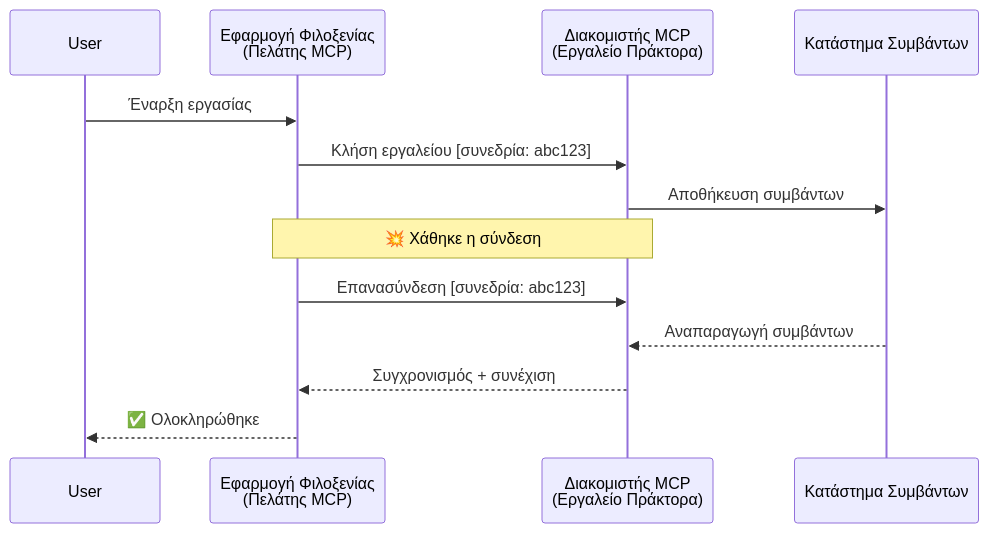
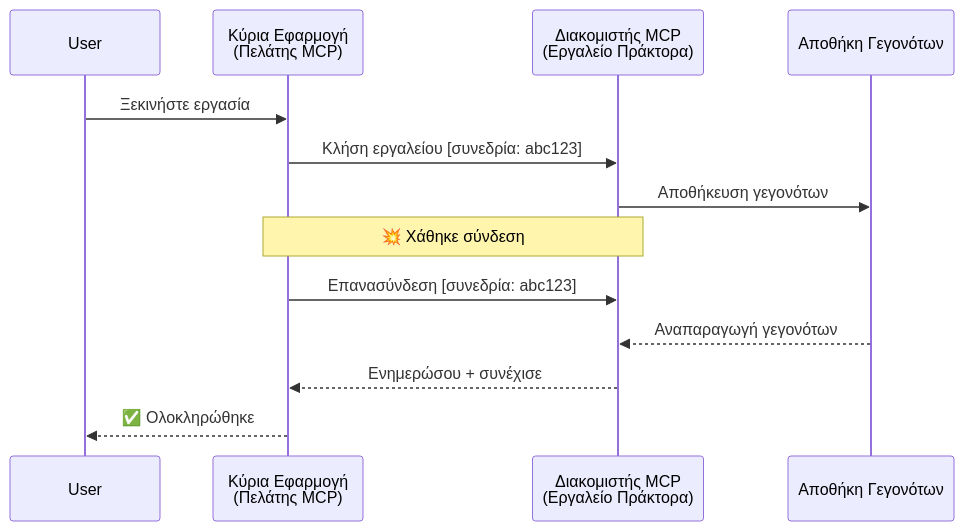
One commit to gabrielmoreira/agent-skills-mirror changed the second of 5 diagrams in mirrors/repos/microsoft@ai-agents-for-beginners/translations/el/11-agentic-protocols/code_samples/mcp-agents/README.md. Above: the diagram before and after it, drawn with Mermaid. The commit also changed other lines of this file and 4262 other files, not shown here.

````diff
--- a/mirrors/repos/microsoft@ai-agents-for-beginners/translations/el/11-agentic-protocols/code_samples/mcp-agents/README.md
+++ b/mirrors/repos/microsoft@ai-agents-for-beginners/translations/el/11-agentic-protocols/code_samples/mcp-agents/README.md
@@ -82,18 +82,18 @@
 ```mermaid
 sequenceDiagram
     participant User
-    participant Host as Εφαρμογή Φιλοξενίας<br/>(Πελάτης MCP)
+    participant Host as Κύρια Εφαρμογή<br/>(Πελάτης MCP)
     participant Server as Διακομιστής MCP<br/>(Εργαλείο Πράκτορα)
-    participant Store as Κατάστημα Συμβάντων
+    participant Store as Αποθήκη Γεγονότων
 
-    User->>Host: Έναρξη εργασίας
+    User->>Host: Ξεκινήστε εργασία
     Host->>Server: Κλήση εργαλείου [συνεδρία: abc123]
-    Server->>Store: Αποθήκευση συμβάντων
+    Server->>Store: Αποθήκευση γεγονότων
 
-    Note over Host,Server: 💥 Χάθηκε η σύνδεση
+    Note over Host,Server: 💥 Χάθηκε σύνδεση
 
     Host->>Server: Επανασύνδεση [συνεδρία: abc123]
-    Store-->>Server: Αναπαραγωγή συμβάντων
-    Server-->>Host: Συγχρονισμός + συνέχιση
+    Store-->>Server: Αναπαραγωγή γεγονότων
+    Server-->>Host: Ενημερώσου + συνέχισε
     Host-->>User: ✅ Ολοκληρώθηκε
 ```
````
